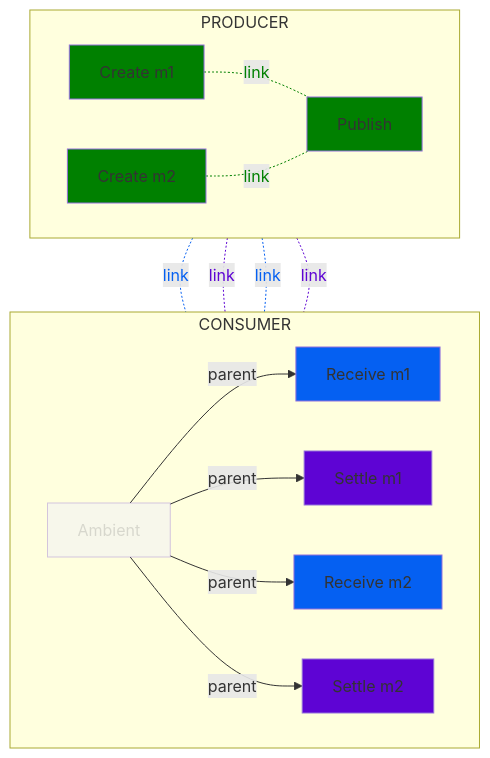
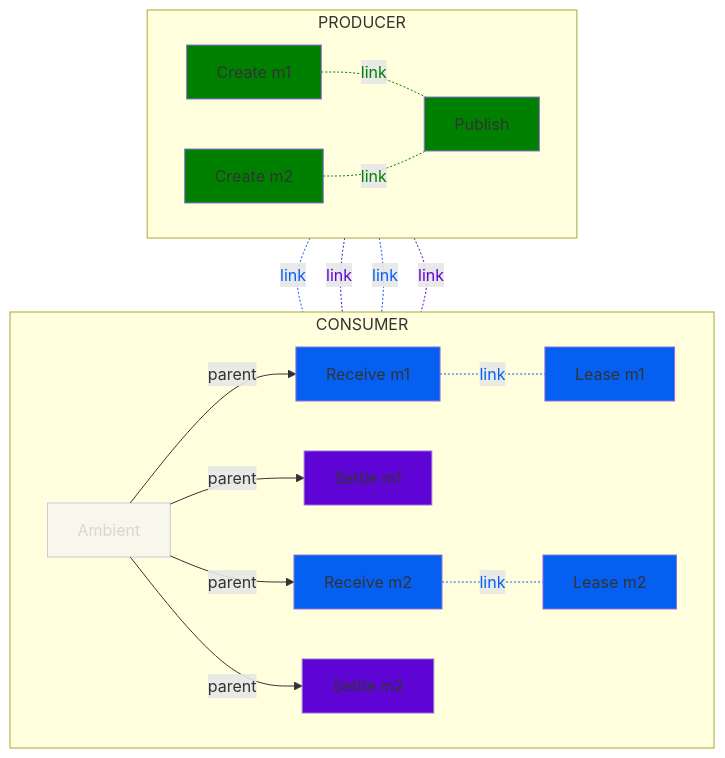
Before and after one commit to alevenberg/semantic-conventions: the second of 3 diagrams in docs/messaging/gcp-pubsub.md, drawn with Mermaid. The commit also changed other lines of this file, not shown here.

Commit message:
add lease

````diff
--- a/docs/messaging/gcp-pubsub.md
+++ b/docs/messaging/gcp-pubsub.md
@@ -55,34 +57,36 @@
 ```mermaid
 flowchart TD;
   subgraph CONSUMER
   direction LR
   A[Ambient]-- parent -->RM1[Receive m1]
   A-- parent -->SM1[Settle m1]
   A[Ambient]-- parent -->RM2[Receive m2]
   A-- parent -->SM2[Settle m2]
+  RM1-. link .-LM1[Lease m1];
+  RM2-. link .-LM2[Lease m2];
   end
   subgraph PRODUCER
   direction LR
   CM1[Create m1]
   CM2[Create m2]
   P[Publish]
   end
   CM1-. link .-P;
   CM2-. link .-P;
   CM1-. link .-RM1;
   CM1-. link .-SM1;
   CM2-. link .-RM2;
   CM2-. link .-SM2;
-
+  
   classDef ack fill:#5e04d4
   class SM1,SM2 ack
   classDef consumer fill:#0560f2
-  class RM1,RM2 consumer
+  class RM1,RM2,LM1,LM2 consumer
   classDef producer fill:green
   class P,CM1,CM2 producer
   classDef additional opacity:0.4
   class A additional
-  linkStyle 4,5 color:green,stroke:green
-  linkStyle 7,9 color:#5e04d4,stroke:#5e04d4
-  linkStyle 6,8 color:#0560f2,stroke:#0560f2
+  linkStyle 7,6 color:green,stroke:green
+  linkStyle 11,9 color:#5e04d4,stroke:#5e04d4
+  linkStyle 4,5,8,10 color:#0560f2,stroke:#0560f2
 ```
````
